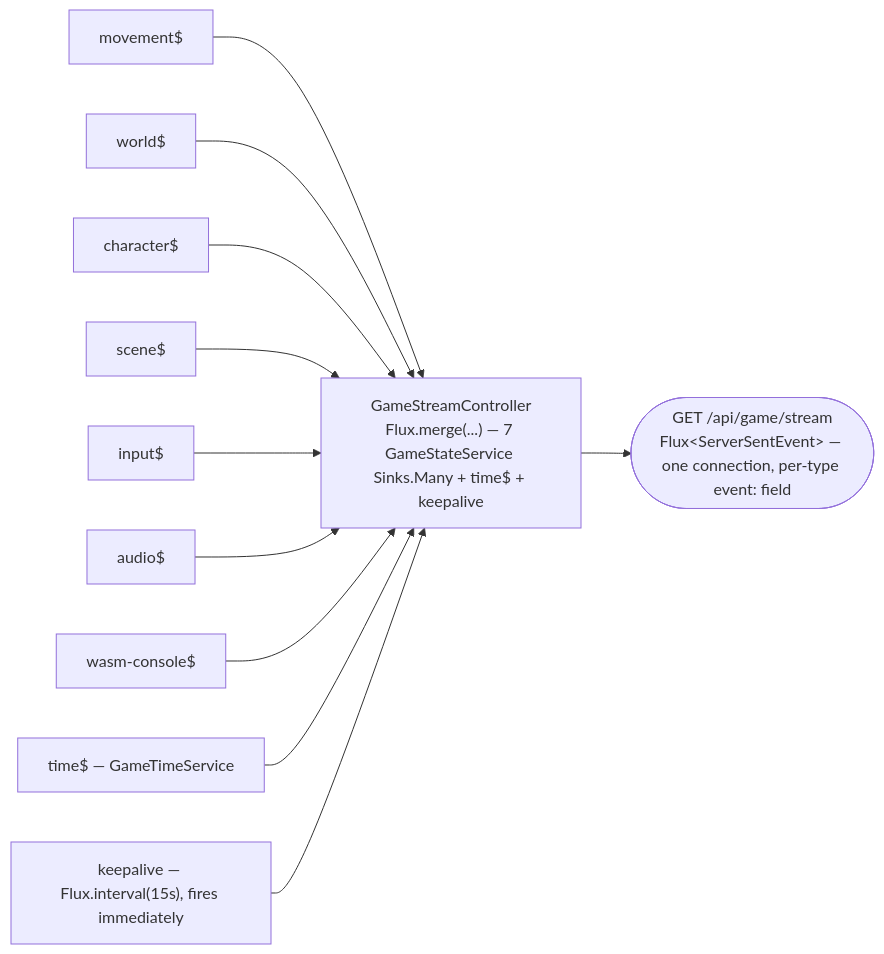
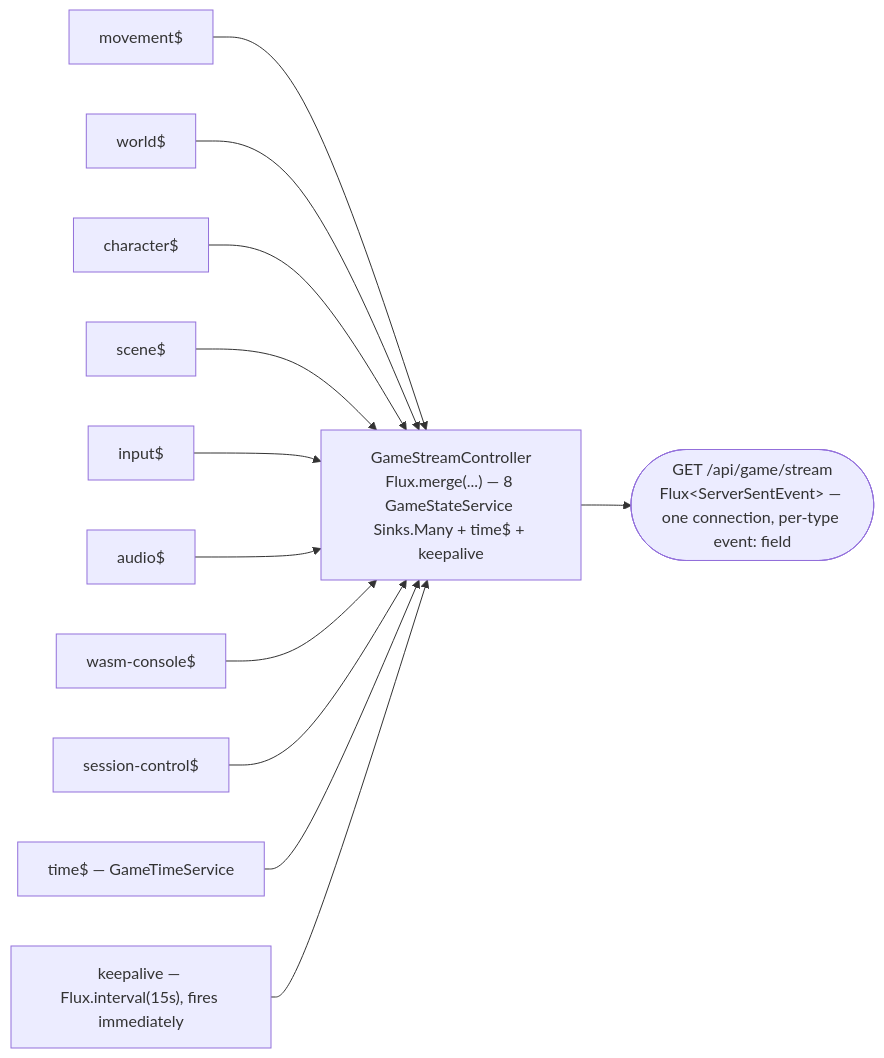
One commit to hugmesh/hugmesh-games changed the first of 4 diagrams in docs/wiki/architecture/05-api-reference.md. Above: the diagram before and after it, drawn with Mermaid. The commit also changed other lines of this file and 6 other files, not shown here.

First line of the commit message:
docs: refresh README + architecture wiki to current channel/remote reality

````diff
--- a/docs/wiki/architecture/05-api-reference.md
+++ b/docs/wiki/architecture/05-api-reference.md
@@ -15,13 +15,14 @@
 ```mermaid
 flowchart LR
     Mv["movement$"] --> Merge
     Wo["world$"] --> Merge
     Ch["character$"] --> Merge
     Sc["scene$"] --> Merge
     In["input$"] --> Merge
     Au["audio$"] --> Merge
     Wc["wasm-console$"] --> Merge
+    SCt["session-control$"] --> Merge
     Ti["time$ — GameTimeService"] --> Merge
     Ka["keepalive — Flux.interval(15s), fires immediately"] --> Merge
-    Merge["GameStreamController<br/>Flux.merge(...) — 7 GameStateService Sinks.Many + time$ + keepalive"] --> Out(["GET /api/game/stream<br/>Flux&lt;ServerSentEvent&gt; — one connection, per-type event: field"])
+    Merge["GameStreamController<br/>Flux.merge(...) — 8 GameStateService Sinks.Many + time$ + keepalive"] --> Out(["GET /api/game/stream<br/>Flux&lt;ServerSentEvent&gt; — one connection, per-type event: field"])
 ```
````
